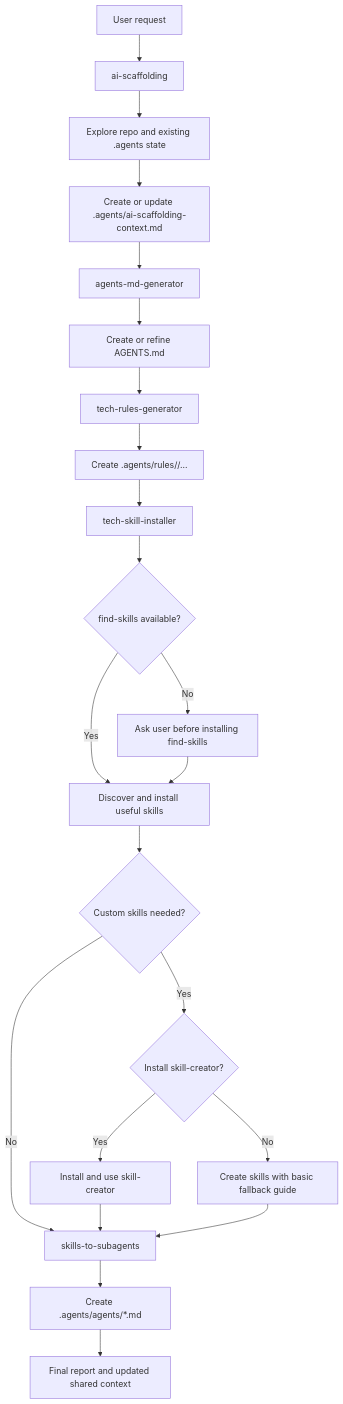
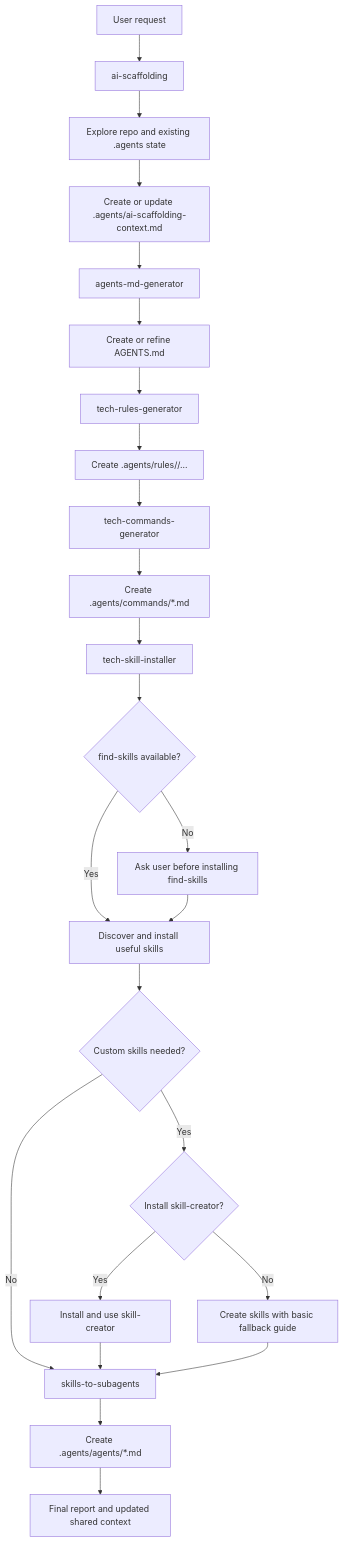
The diagram in README.md (JoaquinBenegas2/ai-scaffolding-skills), drawn with Mermaid before and after one commit. The commit also changed other lines of this file, not shown here.

Commit message:
docs(readme): add tech commands generator flow

````diff
--- a/README.md
+++ b/README.md
@@ -68,24 +70,26 @@
 ```mermaid
 flowchart TD
     U[User request] --> A[ai-scaffolding]
     A --> B[Explore repo and existing .agents state]
     B --> C[Create or update .agents/ai-scaffolding-context.md]
     C --> D[agents-md-generator]
     D --> D1[Create or refine AGENTS.md]
     D1 --> E[tech-rules-generator]
     E --> E1[Create .agents/rules/<tech>/...]
-    E1 --> F[tech-skill-installer]
-    F --> F1{find-skills available?}
-    F1 -->|No| F2[Ask user before installing find-skills]
-    F1 -->|Yes| F3[Discover and install useful skills]
-    F2 --> F3
-    F3 --> G{Custom skills needed?}
-    G -->|No| H[skills-to-subagents]
-    G -->|Yes| I{Install skill-creator?}
-    I -->|Yes| I1[Install and use skill-creator]
-    I -->|No| I2[Create skills with basic fallback guide]
-    I1 --> H
-    I2 --> H
-    H --> H1[Create .agents/agents/*.md]
-    H1 --> Z[Final report and updated shared context]
+    E1 --> F[tech-commands-generator]
+    F --> F1[Create .agents/commands/*.md]
+    F1 --> G[tech-skill-installer]
+    G --> G1{find-skills available?}
+    G1 -->|No| G2[Ask user before installing find-skills]
+    G1 -->|Yes| G3[Discover and install useful skills]
+    G2 --> G3
+    G3 --> H{Custom skills needed?}
+    H -->|No| I[skills-to-subagents]
+    H -->|Yes| J{Install skill-creator?}
+    J -->|Yes| J1[Install and use skill-creator]
+    J -->|No| J2[Create skills with basic fallback guide]
+    J1 --> I
+    J2 --> I
+    I --> I1[Create .agents/agents/*.md]
+    I1 --> Z[Final report and updated shared context]
 ```
````
